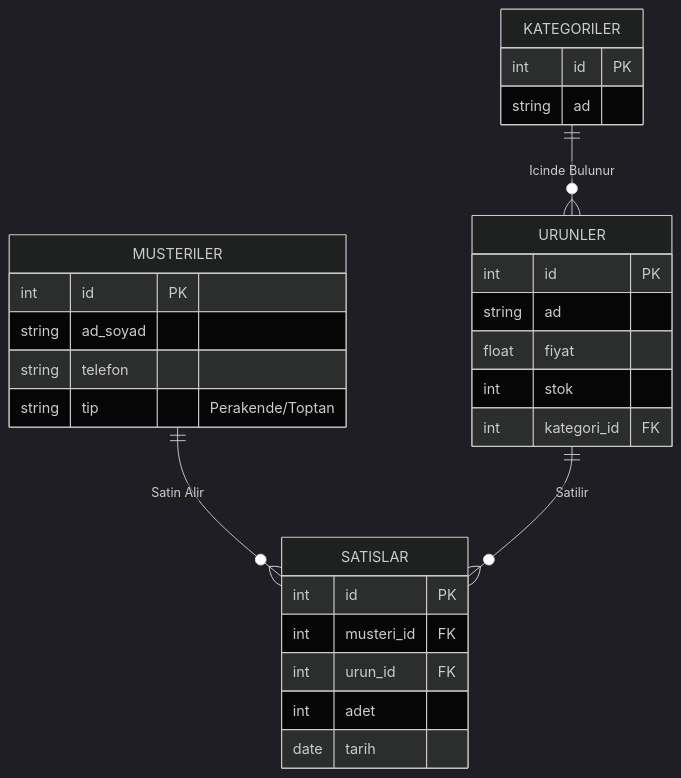
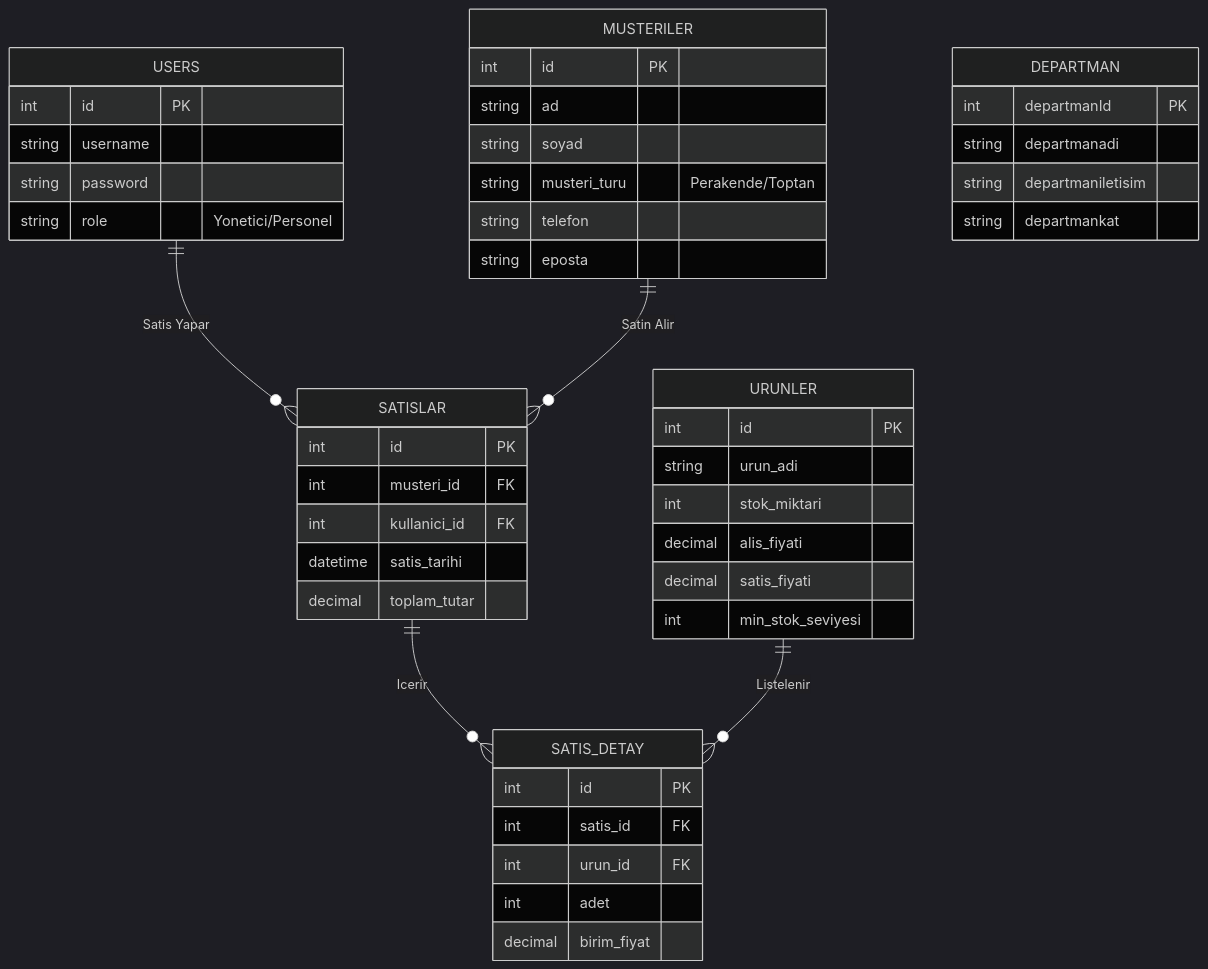
The diagram in README.md (Akif-6/Stok-Takip-Projesi), drawn with Mermaid (dark theme) before and after one commit. The commit also changed other lines of this file, not shown here.

````diff
--- a/README.md
+++ b/README.md
@@ -81,34 +81,55 @@
 ```mermaid
 erDiagram
+    USERS ||--o{ SATISLAR : "Satis Yapar"
     MUSTERILER ||--o{ SATISLAR : "Satin Alir"
-    URUNLER ||--o{ SATISLAR : "Satilir"
-    KATEGORILER ||--o{ URUNLER : "Icinde Bulunur"
+    SATISLAR ||--o{ SATIS_DETAY : "Icerir"
+    URUNLER ||--o{ SATIS_DETAY : "Listelenir"
+
+    USERS {
+        int id PK
+        string username
+        string password
+        string role "Yonetici/Personel"
+    }
 
     MUSTERILER {
         int id PK
-        string ad_soyad
+        string ad
+        string soyad
+        string musteri_turu "Perakende/Toptan"
         string telefon
-        string tip "Perakende/Toptan"
+        string eposta
     }
 
     URUNLER {
         int id PK
-        string ad
-        float fiyat
-        int stok
-        int kategori_id FK
+        string urun_adi
+        int stok_miktari
+        decimal alis_fiyati
+        decimal satis_fiyati
+        int min_stok_seviyesi
     }
 
     SATISLAR {
         int id PK
         int musteri_id FK
+        int kullanici_id FK
+        datetime satis_tarihi
+        decimal toplam_tutar
+    }
+
+    SATIS_DETAY {
+        int id PK
+        int satis_id FK
         int urun_id FK
         int adet
-        date tarih
+        decimal birim_fiyat
     }
 
-    KATEGORILER {
-        int id PK
-        string ad
+    DEPARTMAN {
+        int departmanId PK
+        string departmanadi
+        string departmaniletisim
+        string departmankat
     }
-```
+  ```
````
